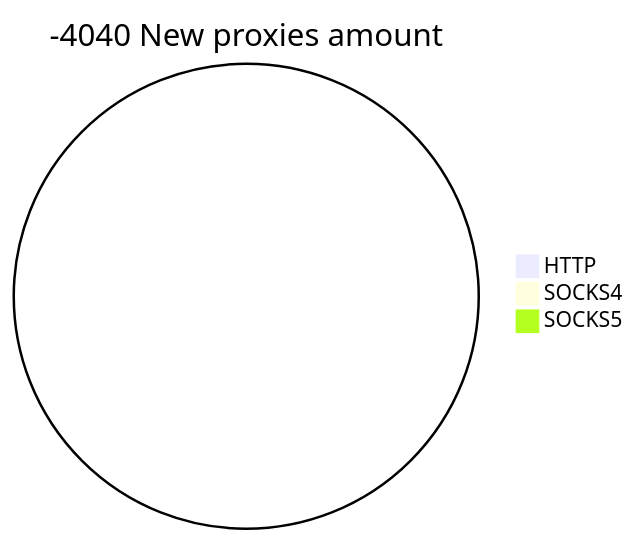
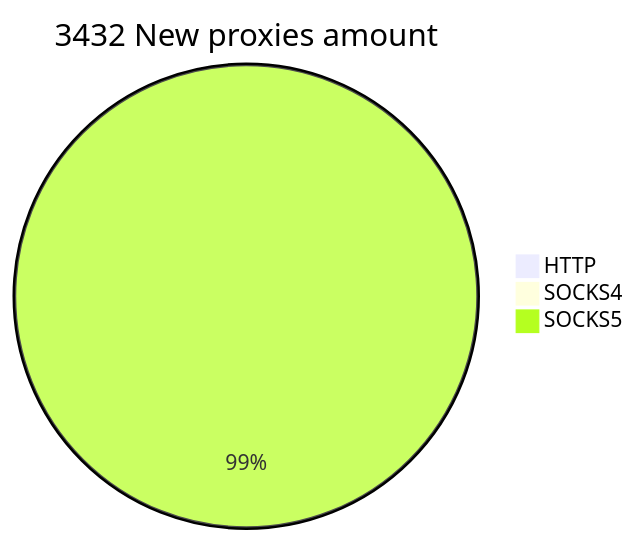
Before and after one commit to cutipu/proxylist: the second of 2 diagrams in README.md, drawn with Mermaid. The commit also changed other lines of this file, not shown here.

````diff
--- a/README.md
+++ b/README.md
@@ -10,6 +10,6 @@
 ```mermaid
-pie title -4040 New proxies amount
-    "HTTP" : 0
+pie title 3432 New proxies amount
+    "HTTP" : 22
     "SOCKS4" : 0
-    "SOCKS5" : 0
+    "SOCKS5" : 3410
 ```
````
